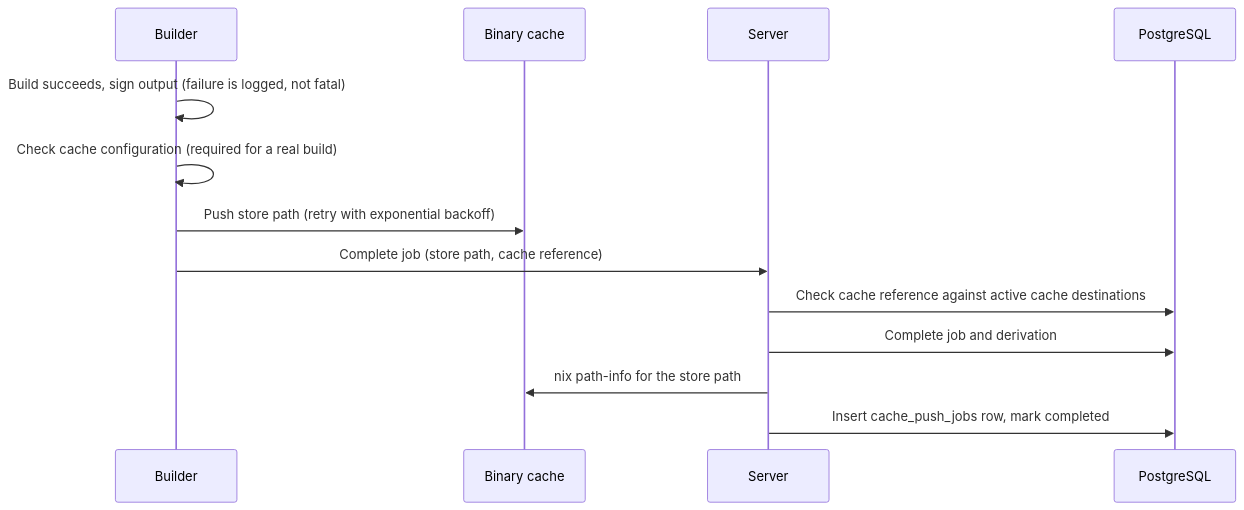
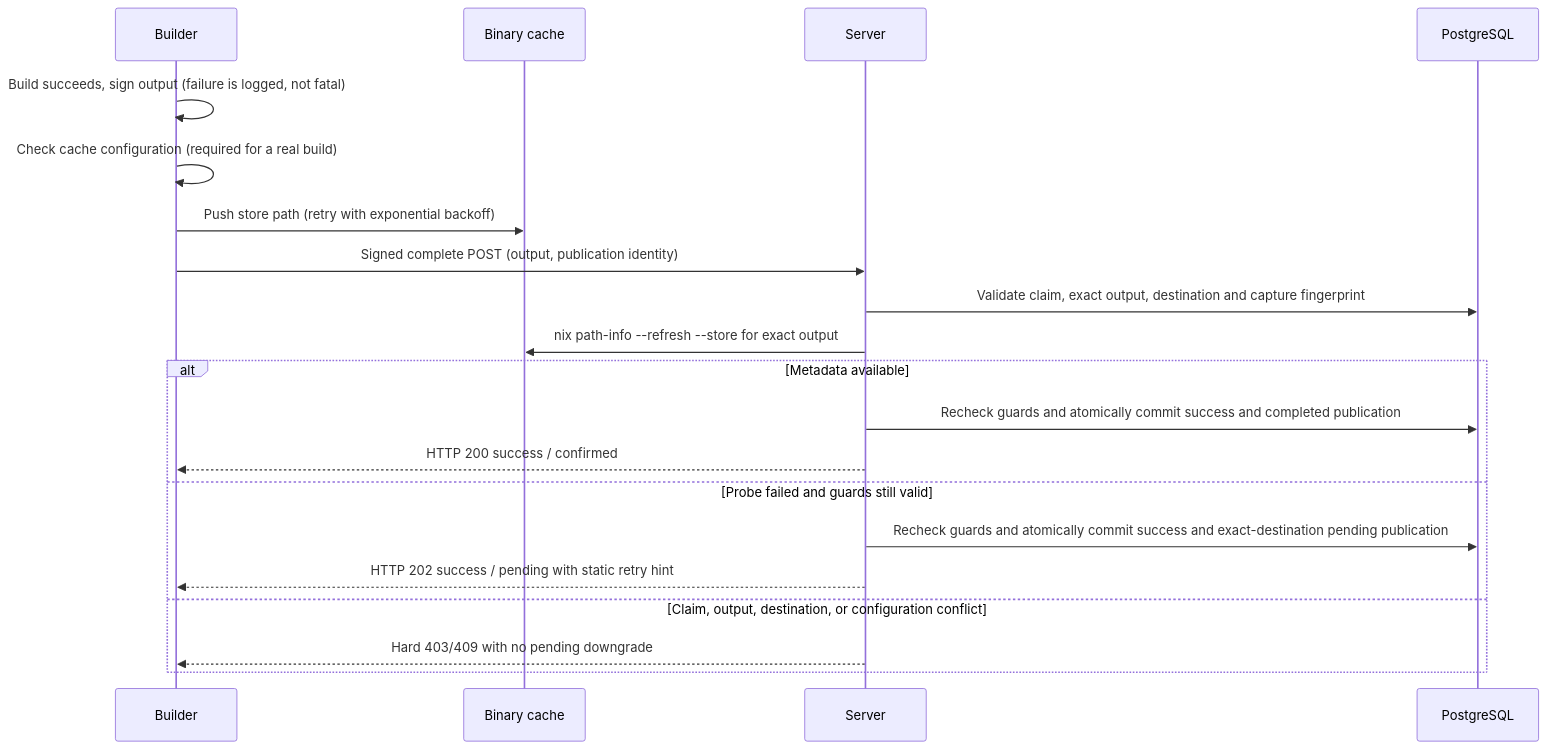
Before and after one commit to usmcamp0811/crystal-forge: the diagram in docs/knowledge/caches/cache-push-process.md, drawn with Mermaid. The commit also changed other lines of this file and 13 other files, not shown here.

Commit message:
TASK-470: Confirm cache publication without importing Niks3 closures

````diff
--- a/docs/knowledge/caches/cache-push-process.md
+++ b/docs/knowledge/caches/cache-push-process.md
@@ -39,15 +39,22 @@
 ```mermaid
 sequenceDiagram
     participant B as Builder
     participant C as Binary cache
     participant S as Server
     participant DB as PostgreSQL
     B->>B: Build succeeds, sign output (failure is logged, not fatal)
     B->>B: Check cache configuration (required for a real build)
     B->>C: Push store path (retry with exponential backoff)
-    B->>S: Complete job (store path, cache reference)
-    S->>DB: Check cache reference against active cache destinations
-    S->>DB: Complete job and derivation
-    S->>C: nix path-info for the store path
-    S->>DB: Insert cache_push_jobs row, mark completed
+    B->>S: Signed complete POST (output, publication identity)
+    S->>DB: Validate claim, exact output, destination and capture fingerprint
+    S->>C: nix path-info --refresh --store for exact output
+    alt Metadata available
+        S->>DB: Recheck guards and atomically commit success and completed publication
+        S-->>B: HTTP 200 success / confirmed
+    else Probe failed and guards still valid
+        S->>DB: Recheck guards and atomically commit success and exact-destination pending publication
+        S-->>B: HTTP 202 success / pending with static retry hint
+    else Claim, output, destination, or configuration conflict
+        S-->>B: Hard 403/409 with no pending downgrade
+    end
 ```
````
